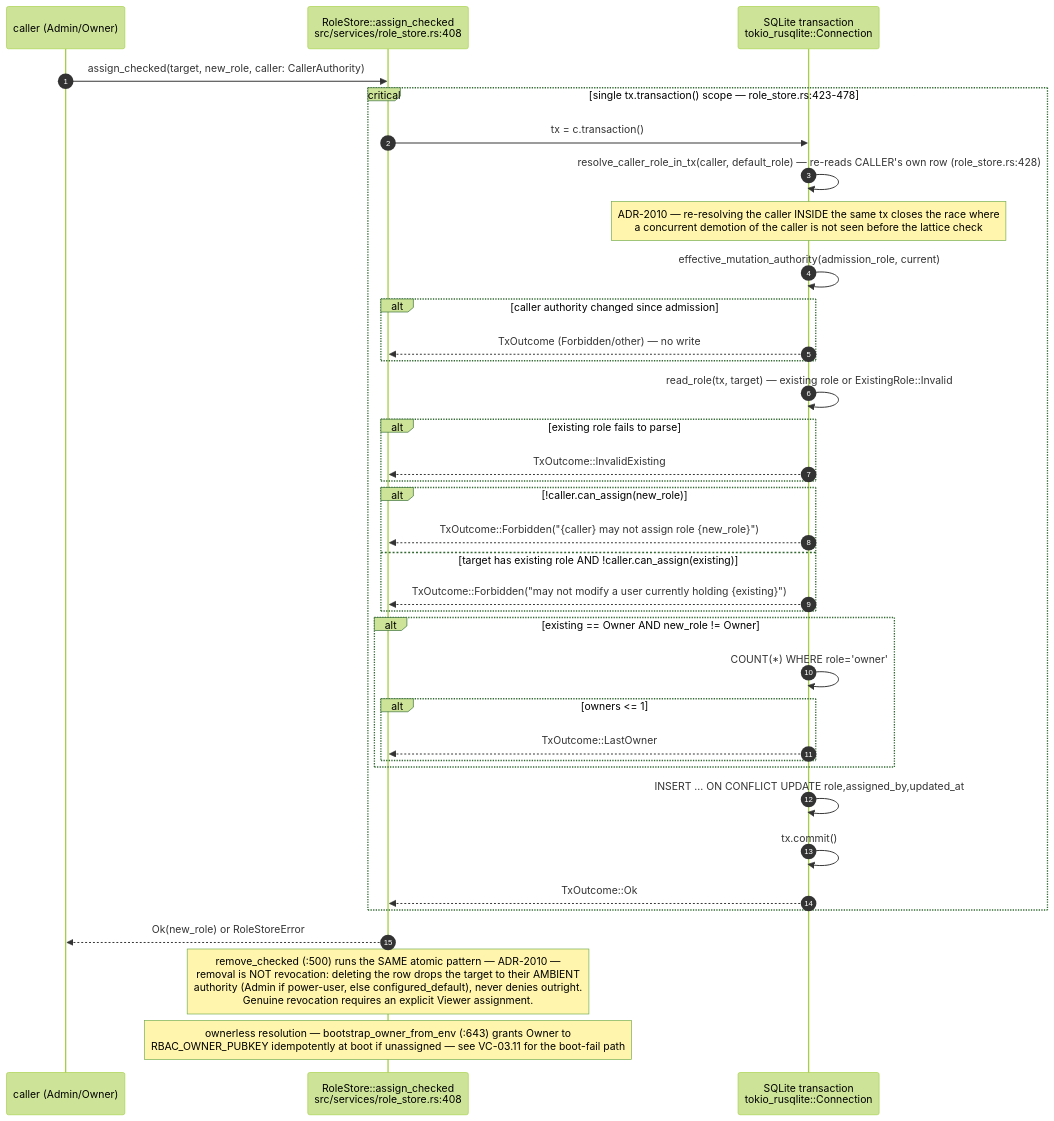
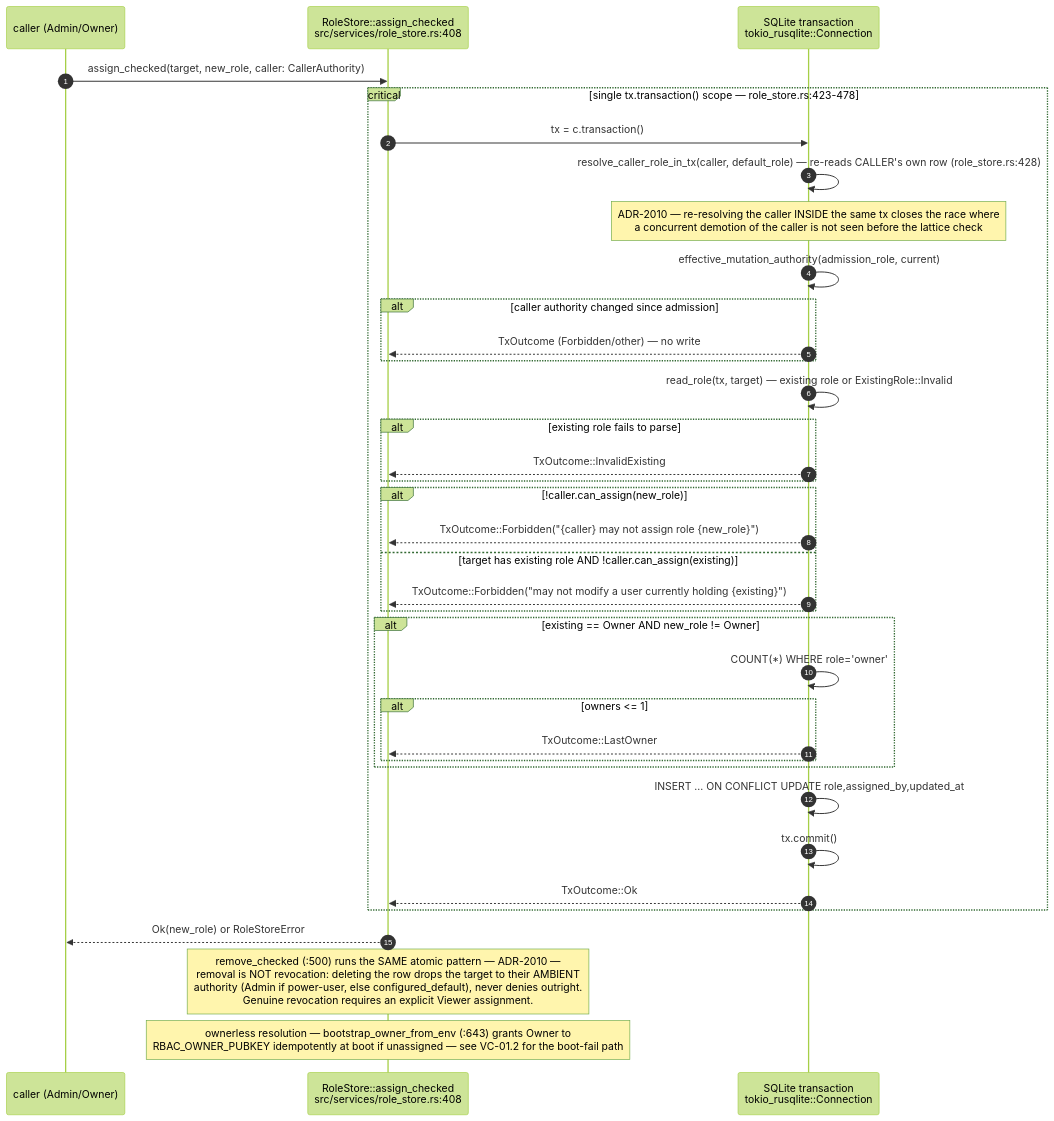
Before and after one commit to DreamLab-AI/VisionFlow: the eighth of 14 diagrams in docs/diagrams/visionclaw/03-request-lifecycle-and-rbac.md, drawn with Mermaid (forest theme). The commit also changed other lines of this file and 173 other files, not shown here.

````diff
--- a/docs/diagrams/visionclaw/03-request-lifecycle-and-rbac.md
+++ b/docs/diagrams/visionclaw/03-request-lifecycle-and-rbac.md
@@ -414,39 +414,39 @@
 ```mermaid
 sequenceDiagram
     autonumber
     participant C as caller (Admin/Owner)
     participant RS as RoleStore::assign_checked<br/>src/services/role_store.rs:408
     participant TX as SQLite transaction<br/>tokio_rusqlite::Connection
 
     C->>RS: assign_checked(target, new_role, caller: CallerAuthority)
     critical single tx.transaction() scope — role_store.rs:423-478
         RS->>TX: tx = c.transaction()
         TX->>TX: resolve_caller_role_in_tx(caller, default_role) — re-reads CALLER's own row (role_store.rs:428)
         Note over TX: ADR-2010 — re-resolving the caller INSIDE the same tx closes the race where<br/>a concurrent demotion of the caller is not seen before the lattice check
         TX->>TX: effective_mutation_authority(admission_role, current)
         alt caller authority changed since admission
             TX-->>RS: TxOutcome (Forbidden/other) — no write
         end
         TX->>TX: read_role(tx, target) — existing role or ExistingRole::Invalid
         alt existing role fails to parse
             TX-->>RS: TxOutcome::InvalidExisting
         end
         alt !caller.can_assign(new_role)
             TX-->>RS: TxOutcome::Forbidden("{caller} may not assign role {new_role}")
         else target has existing role AND !caller.can_assign(existing)
             TX-->>RS: TxOutcome::Forbidden("may not modify a user currently holding {existing}")
         end
         alt existing == Owner AND new_role != Owner
             TX->>TX: COUNT(*) WHERE role='owner'
             alt owners <= 1
                 TX-->>RS: TxOutcome::LastOwner
             end
         end
         TX->>TX: INSERT ... ON CONFLICT UPDATE role,assigned_by,updated_at
         TX->>TX: tx.commit()
         TX-->>RS: TxOutcome::Ok
     end
     RS-->>C: Ok(new_role) or RoleStoreError
     Note over RS: remove_checked (:500) runs the SAME atomic pattern — ADR-2010 —<br/>removal is NOT revocation: deleting the row drops the target to their AMBIENT<br/>authority (Admin if power-user, else configured_default), never denies outright.<br/>Genuine revocation requires an explicit Viewer assignment.
-    Note over RS: ownerless resolution — bootstrap_owner_from_env (:643) grants Owner to<br/>RBAC_OWNER_PUBKEY idempotently at boot if unassigned — see VC-03.11 for the boot-fail path
+    Note over RS: ownerless resolution — bootstrap_owner_from_env (:643) grants Owner to<br/>RBAC_OWNER_PUBKEY idempotently at boot if unassigned — see VC-01.2 for the boot-fail path
 ```
````
